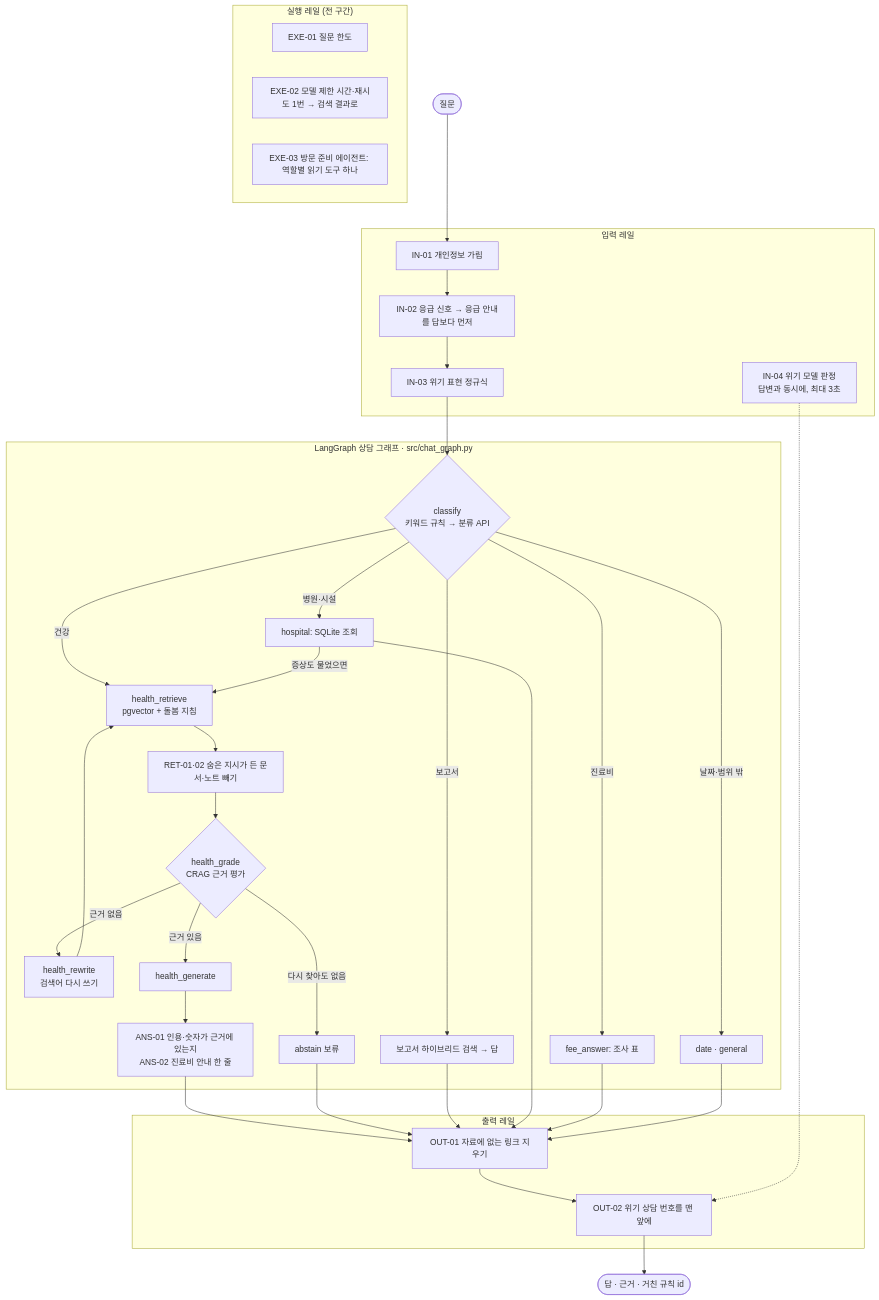
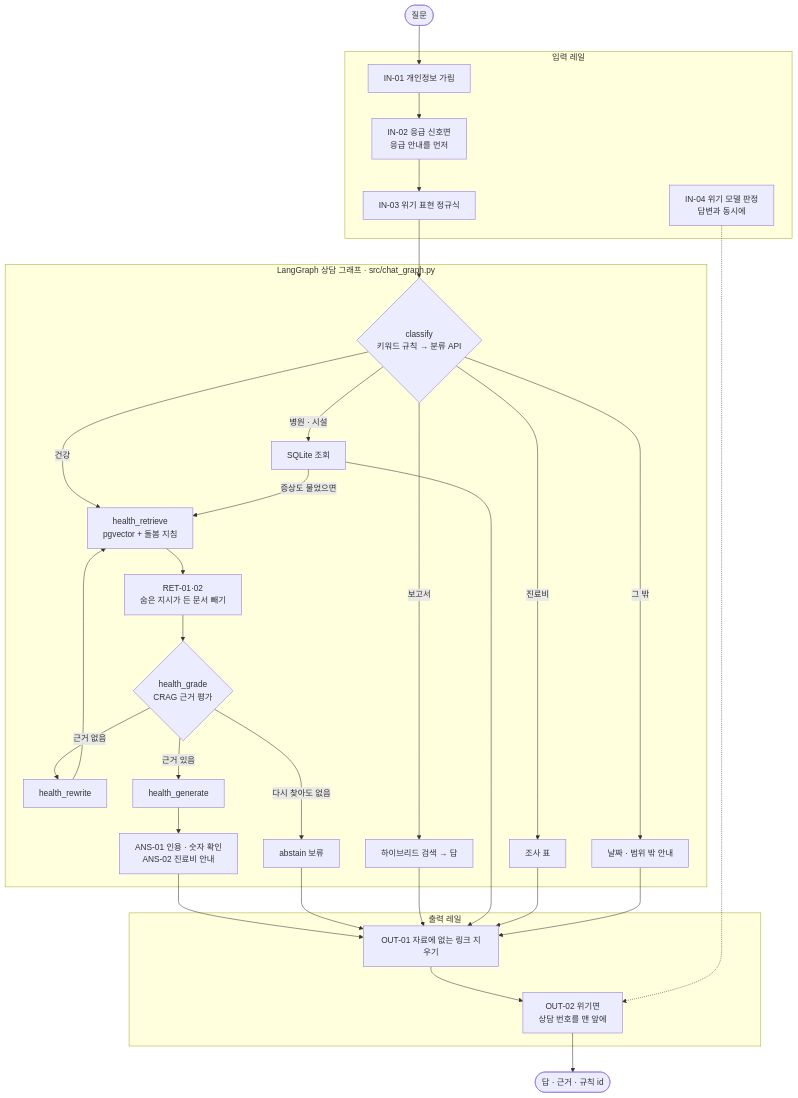
The second of 2 diagrams in README.md (rndigkwk/dograg), drawn with Mermaid before and after one commit. The commit also changed other lines of this file, not shown here.

Commit message:
docs(readme): top-down system diagram, the execution rails as text

````diff
--- a/README.md
+++ b/README.md
@@ -87,42 +86,37 @@
 ```mermaid
 flowchart TB
   Q(["질문"]) --> IN1
   subgraph IN["입력 레일"]
-    IN1["IN-01 개인정보 가림"] --> IN2["IN-02 응급 신호 → 응급 안내를 답보다 먼저"]
+    IN1["IN-01 개인정보 가림"] --> IN2["IN-02 응급 신호면<br/>응급 안내를 먼저"]
     IN2 --> IN3["IN-03 위기 표현 정규식"]
-    IN4["IN-04 위기 모델 판정<br/>답변과 동시에, 최대 3초"]
+    IN4["IN-04 위기 모델 판정<br/>답변과 동시에"]
   end
   IN3 --> CL
   subgraph G["LangGraph 상담 그래프 · src/chat_graph.py"]
     CL{"classify<br/>키워드 규칙 → 분류 API"}
     CL -->|"건강"| HR["health_retrieve<br/>pgvector + 돌봄 지침"]
-    HR --> RET["RET-01·02 숨은 지시가 든 문서·노트 빼기"]
+    HR --> RET["RET-01·02<br/>숨은 지시가 든 문서 빼기"]
     RET --> HG{"health_grade<br/>CRAG 근거 평가"}
-    HG -->|"근거 없음"| RW["health_rewrite<br/>검색어 다시 쓰기"]
+    HG -->|"근거 없음"| RW["health_rewrite"]
     RW --> HR
     HG -->|"근거 있음"| GEN["health_generate"]
     HG -->|"다시 찾아도 없음"| AB["abstain 보류"]
-    GEN --> ANS["ANS-01 인용·숫자가 근거에 있는지<br/>ANS-02 진료비 안내 한 줄"]
-    CL -->|"보고서"| RP["보고서 하이브리드 검색 → 답"]
-    CL -->|"병원·시설"| HOS["hospital: SQLite 조회"]
+    GEN --> ANS["ANS-01 인용 · 숫자 확인<br/>ANS-02 진료비 안내"]
+    CL -->|"보고서"| RP["하이브리드 검색 → 답"]
+    CL -->|"병원 · 시설"| HOS["SQLite 조회"]
     HOS -->|"증상도 물었으면"| HR
-    CL -->|"진료비"| FEE["fee_answer: 조사 표"]
-    CL -->|"날짜·범위 밖"| GN["date · general"]
+    CL -->|"진료비"| FEE["조사 표"]
+    CL -->|"그 밖"| GN["날짜 · 범위 밖 안내"]
   end
   subgraph OUT["출력 레일"]
-    O1["OUT-01 자료에 없는 링크 지우기"] --> O2["OUT-02 위기 상담 번호를 맨 앞에"]
+    O1["OUT-01 자료에 없는 링크 지우기"] --> O2["OUT-02 위기면<br/>상담 번호를 맨 앞에"]
   end
   ANS --> O1
   AB --> O1
   RP --> O1
   HOS --> O1
   FEE --> O1
   GN --> O1
   IN4 -.-> O2
-  O2 --> R(["답 · 근거 · 거친 규칙 id"])
-  subgraph EXE["실행 레일 (전 구간)"]
-    E1["EXE-01 질문 한도"]
-    E2["EXE-02 모델 제한 시간·재시도 1번 → 검색 결과로"]
-    E3["EXE-03 방문 준비 에이전트: 역할별 읽기 도구 하나"]
-  end
+  O2 --> R(["답 · 근거 · 규칙 id"])
 ```
````
